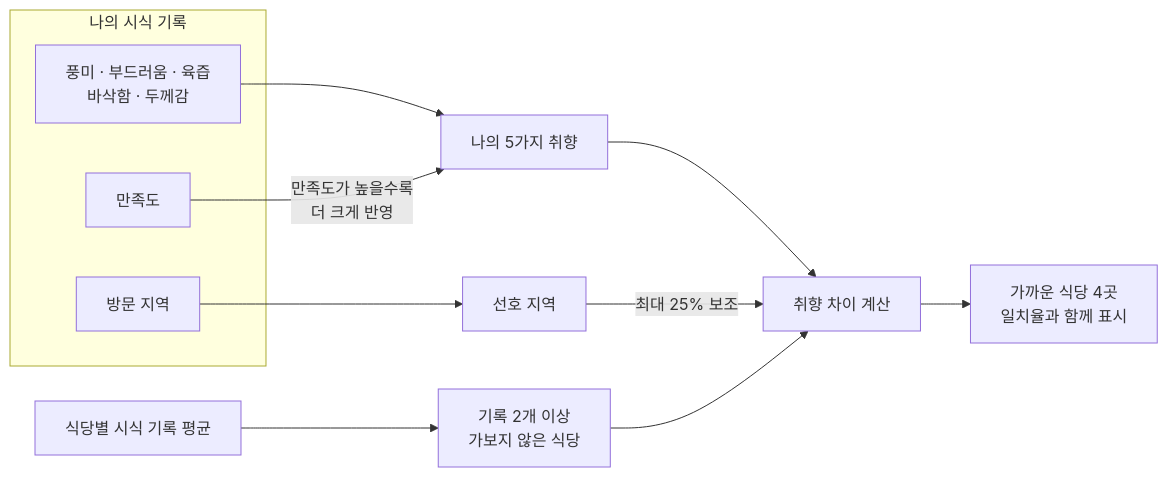
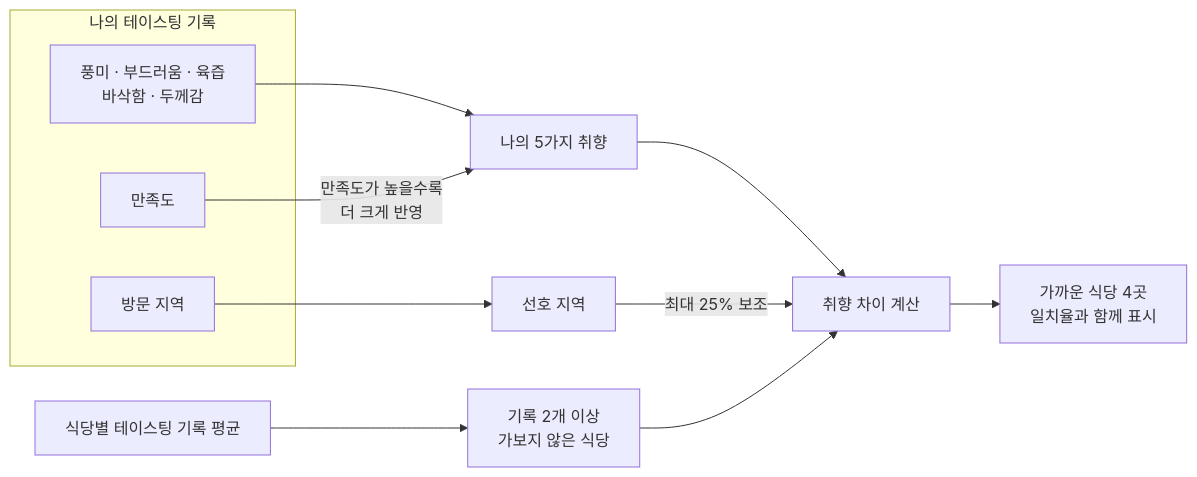
The first of 2 diagrams in public/mds/katsu-map/impl-4-recommend.md (Jinacker/PortFolio), drawn with Mermaid before and after one commit. The commit also changed other lines of this file and 5 other files, not shown here.

````diff
--- a/public/mds/katsu-map/impl-4-recommend.md
+++ b/public/mds/katsu-map/impl-4-recommend.md
@@ -21,18 +23,18 @@
 ```mermaid
 flowchart LR
-    subgraph User["나의 시식 기록"]
+    subgraph User["나의 테이스팅 기록"]
         Notes["풍미 · 부드러움 · 육즙<br/>바삭함 · 두께감"]
         Sat["만족도"]
         Area["방문 지역"]
     end
 
     Notes --> Taste["나의 5가지 취향"]
     Sat -->|"만족도가 높을수록<br/>더 크게 반영"| Taste
     Area --> Region["선호 지역"]
 
-    Community["식당별 시식 기록 평균"] --> Candidate["기록 2개 이상<br/>가보지 않은 식당"]
+    Community["식당별 테이스팅 기록 평균"] --> Candidate["기록 2개 이상<br/>가보지 않은 식당"]
     Taste --> Compare["취향 차이 계산"]
     Candidate --> Compare
     Region -->|"최대 25% 보조"| Compare
     Compare --> Result["가까운 식당 4곳<br/>일치율과 함께 표시"]
 ```
````
